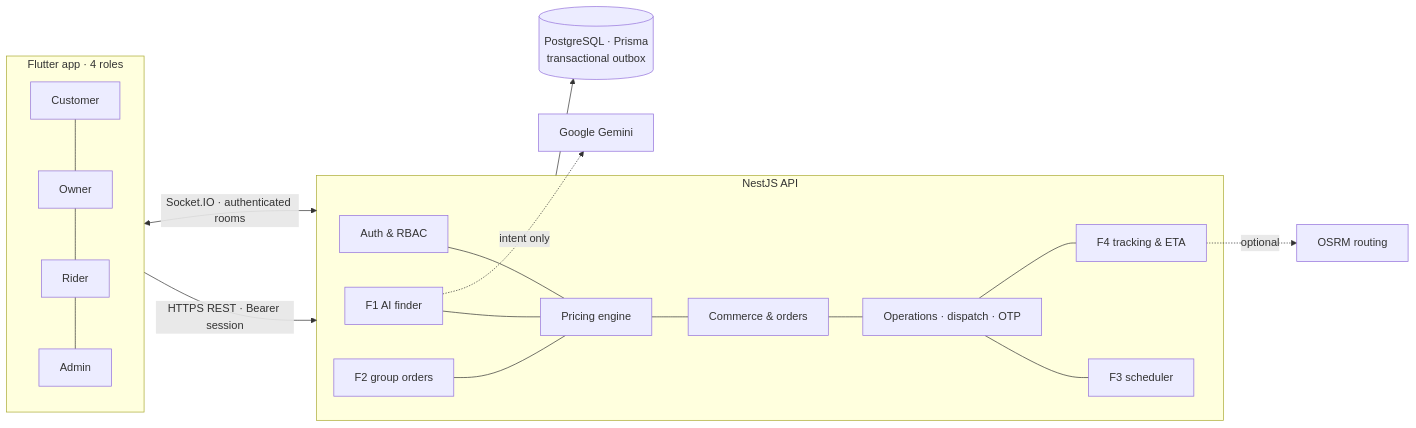
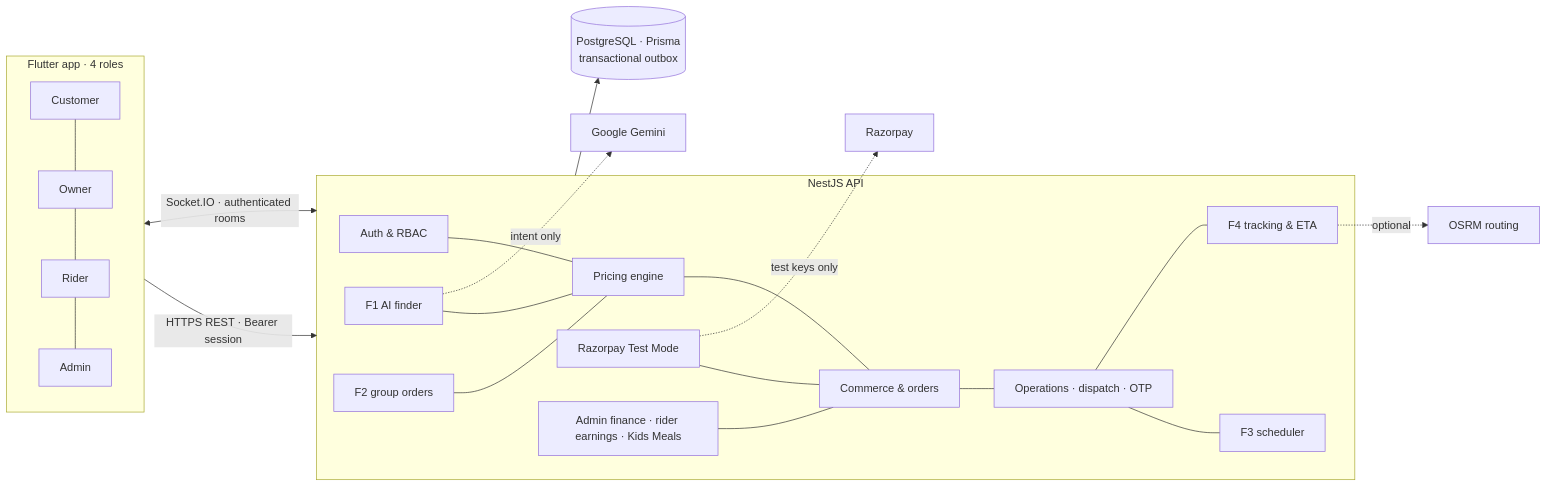
Before and after one commit to Raghuram1784/smart_food_app: the first of 5 diagrams in README.md, drawn with Mermaid. The commit also changed other lines of this file, not shown here.

````diff
--- a/README.md
+++ b/README.md
@@ -169,20 +200,23 @@
 ```mermaid
 flowchart LR
   subgraph App["Flutter app · 4 roles"]
     C[Customer] --- O[Owner] --- R[Rider] --- A[Admin]
   end
   App -- "HTTPS REST · Bearer session" --> API
   App <-- "Socket.IO · authenticated rooms" --> API
   subgraph API["NestJS API"]
     Auth[Auth & RBAC] --- Pricing[Pricing engine]
     Pricing --- Orders[Commerce & orders]
     Orders --- Ops[Operations · dispatch · OTP]
     Ops --- Sched[F3 scheduler]
     Ops --- Track[F4 tracking & ETA]
     Finder[F1 AI finder] --- Pricing
     Group[F2 group orders] --- Pricing
+    Pay[Razorpay Test Mode] --- Orders
+    Insights[Admin finance · rider earnings · Kids Meals] --- Orders
   end
   API --> DB[("PostgreSQL · Prisma<br/>transactional outbox")]
   Finder -. "intent only" .-> Gemini[Google Gemini]
   Track -. "optional" .-> OSRM[OSRM routing]
+  Pay -. "test keys only" .-> RZP[Razorpay]
 ```
````
